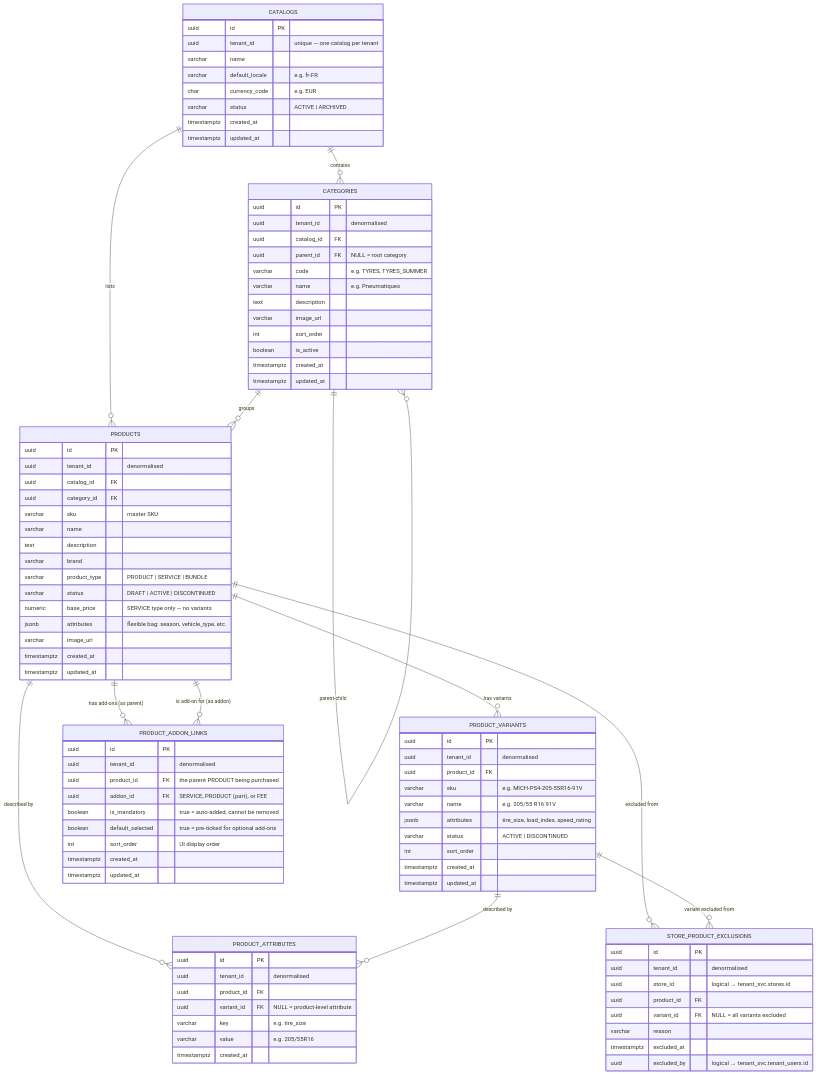
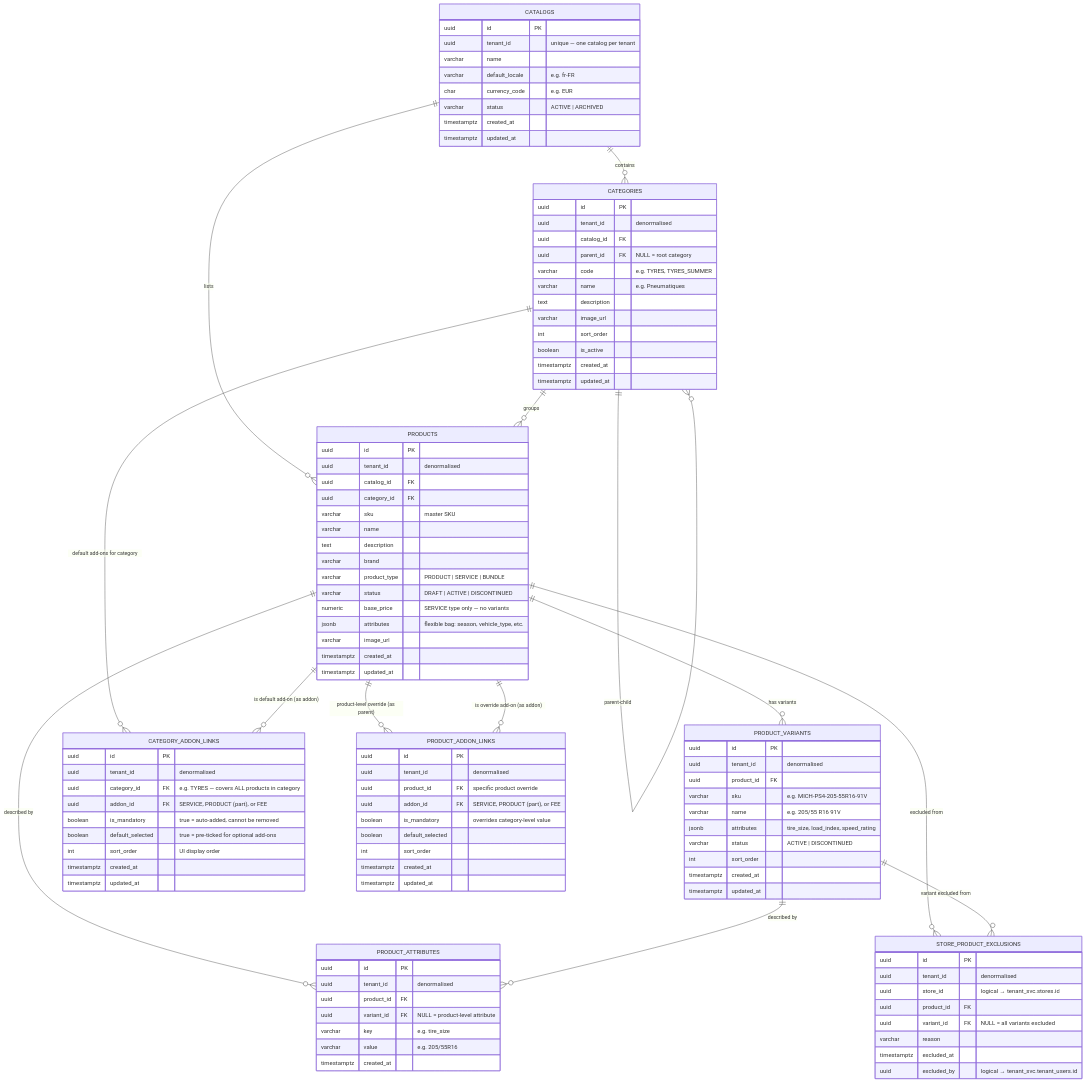
The diagram in eComm/eCommDataModel/catalog-domain.md (sumitjuyal/ecommerce-platform), drawn with Mermaid before and after one commit. The commit also changed other lines of this file and 1 other file, not shown here.

First line of the commit message:
Add category_addon_links — category-level add-on inheritance

```diff
--- a/eComm/eCommDataModel/catalog-domain.md
+++ b/eComm/eCommDataModel/catalog-domain.md
@@ -119,8 +127,10 @@
   PRODUCTS          ||--o{ PRODUCT_VARIANTS         : "has variants"
   PRODUCTS          ||--o{ PRODUCT_ATTRIBUTES       : "described by"
   PRODUCT_VARIANTS  ||--o{ PRODUCT_ATTRIBUTES       : "described by"
-  PRODUCTS          ||--o{ PRODUCT_ADDON_LINKS      : "has add-ons (as parent)"
-  PRODUCTS          ||--o{ PRODUCT_ADDON_LINKS      : "is add-on for (as addon)"
+  CATEGORIES        ||--o{ CATEGORY_ADDON_LINKS     : "default add-ons for category"
+  PRODUCTS          ||--o{ CATEGORY_ADDON_LINKS     : "is default add-on (as addon)"
+  PRODUCTS          ||--o{ PRODUCT_ADDON_LINKS      : "product-level override (as parent)"
+  PRODUCTS          ||--o{ PRODUCT_ADDON_LINKS      : "is override add-on (as addon)"
   PRODUCTS          ||--o{ STORE_PRODUCT_EXCLUSIONS : "excluded from"
   PRODUCT_VARIANTS  ||--o{ STORE_PRODUCT_EXCLUSIONS : "variant excluded from"
 
@@ -191,14 +201,26 @@
     timestamptz created_at
   }
 
-  PRODUCT_ADDON_LINKS {
+  CATEGORY_ADDON_LINKS {
     uuid        id PK
     uuid        tenant_id             "denormalised"
-    uuid        product_id FK         "the parent PRODUCT being purchased"
+    uuid        category_id FK        "e.g. TYRES — covers ALL products in category"
     uuid        addon_id FK           "SERVICE, PRODUCT (part), or FEE"
     boolean     is_mandatory          "true = auto-added, cannot be removed"
     boolean     default_selected      "true = pre-ticked for optional add-ons"
     int         sort_order            "UI display order"
+    timestamptz created_at
+    timestamptz updated_at
+  }
+
+  PRODUCT_ADDON_LINKS {
+    uuid        id PK
+    uuid        tenant_id             "denormalised"
+    uuid        product_id FK         "specific product override"
+    uuid        addon_id FK           "SERVICE, PRODUCT (part), or FEE"
+    boolean     is_mandatory          "overrides category-level value"
+    boolean     default_selected
+    int         sort_order
     timestamptz created_at
     timestamptz updated_at
   }
```
